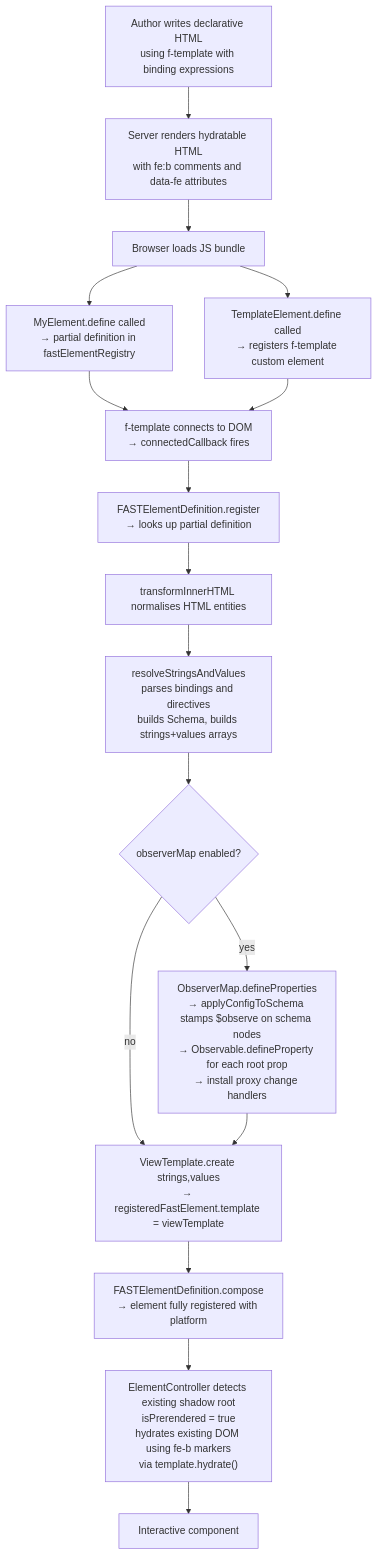
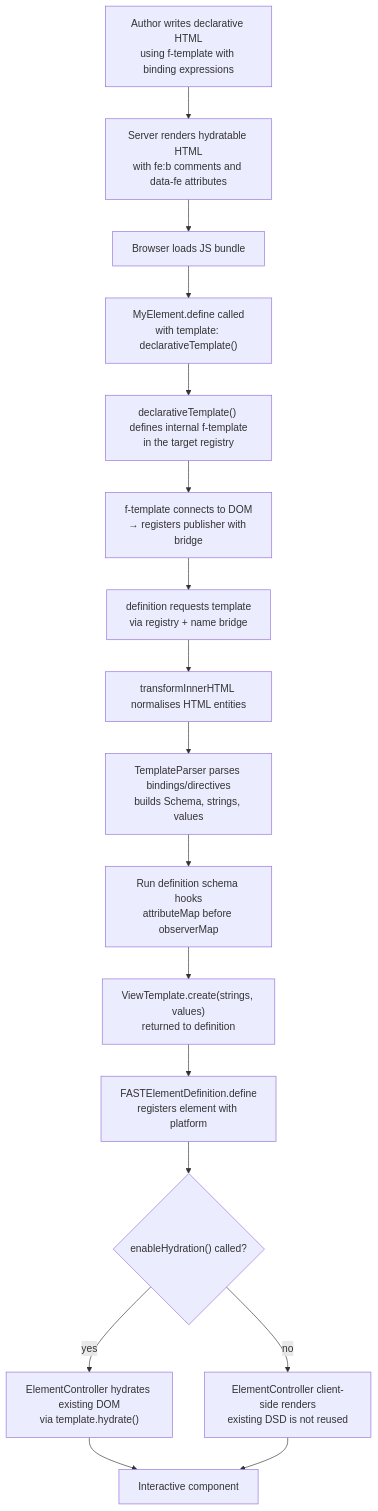
The first of 4 diagrams in packages/fast-element/DECLARATIVE_DESIGN.md (microsoft/fast), drawn with Mermaid before and after one commit. The commit also changed other lines of this file and 84 other files, not shown here.

First line of the commit message:
feat: reduce declarative template size

````diff
--- a/packages/fast-element/DECLARATIVE_DESIGN.md
+++ b/packages/fast-element/DECLARATIVE_DESIGN.md
@@ -282,18 +318,31 @@
 ```mermaid
 flowchart TD
-    A["Author writes declarative HTML\nusing f-template with binding expressions"] --> B["Server renders hydratable HTML\nwith fe:b comments and data-fe attributes"]
+    A["Author writes declarative HTML
+using f-template with binding expressions"] --> B["Server renders hydratable HTML
+with fe:b comments and data-fe attributes"]
     B --> C[Browser loads JS bundle]
-    C --> D["MyElement.define called\n→ partial definition in fastElementRegistry"]
-    C --> E["TemplateElement.define called\n→ registers f-template custom element"]
-    D & E --> F["f-template connects to DOM\n→ connectedCallback fires"]
-    F --> G["FASTElementDefinition.register\n→ looks up partial definition"]
+    C --> D["MyElement.define called
+with template: declarativeTemplate()"]
+    D --> E["declarativeTemplate() defines internal f-template
+in the target registry"]
+    E --> F["f-template connects to DOM
+→ registers publisher with bridge"]
+    F --> G["definition requests template
+via registry + name bridge"]
     G --> H[transformInnerHTML normalises HTML entities]
-    H --> I["resolveStringsAndValues\nparses bindings and directives\nbuilds Schema, builds strings+values arrays"]
-    I --> J{observerMap enabled?}
-    J -- yes --> K["ObserverMap.defineProperties\n→ applyConfigToSchema stamps $observe on schema nodes\n→ Observable.defineProperty for each root prop\n→ install proxy change handlers"]
-    J -- no --> L
-    K --> L["ViewTemplate.create strings,values\n→ registeredFastElement.template = viewTemplate"]
-    L --> M["FASTElementDefinition.compose\n→ element fully registered with platform"]
-    M --> N["ElementController detects existing shadow root\nisPrerendered = true\nhydrates existing DOM using fe-b markers\nvia template.hydrate()"]
-    N --> O[Interactive component]
+    H --> I["TemplateParser parses bindings/directives
+builds Schema, strings, values"]
+    I --> J["Run definition schema hooks
+attributeMap before observerMap"]
+    J --> K["ViewTemplate.create(strings, values)
+returned to definition"]
+    K --> L["FASTElementDefinition.define
+registers element with platform"]
+    L --> M{"enableHydration() called?"}
+    M -- yes --> N["ElementController hydrates existing DOM
+via template.hydrate()"]
+    M -- no --> O["ElementController client-side renders
+existing DSD is not reused"]
+    N --> P[Interactive component]
+    O --> P
 ```
````
